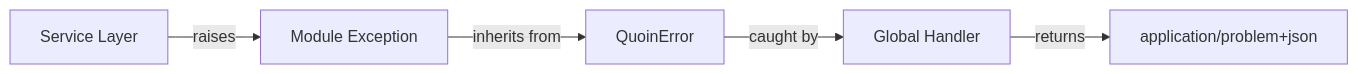
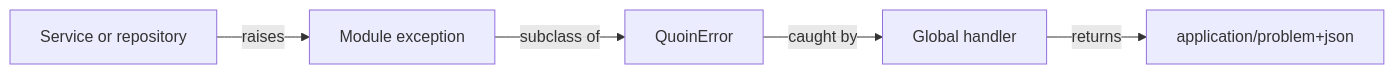
Before and after one commit to balakmran/quoin-api: the diagram in docs/guides/error-handling.md, drawn with Mermaid. The commit also changed other lines of this file, not shown here.

First line of the commit message:
docs(error-handling): one exception table, shorter handler walkthrough

````diff
--- a/docs/guides/error-handling.md
+++ b/docs/guides/error-handling.md
@@ -103,7 +8,7 @@
 ```mermaid
 graph LR
-    A[Service Layer] -->|raises| B[Module Exception]
-    B -->|inherits from| C[QuoinError]
-    C -->|caught by| D[Global Handler]
+    A[Service or repository] -->|raises| B[Module exception]
+    B -->|subclass of| C[QuoinError]
+    C -->|caught by| D[Global handler]
     D -->|returns| E[application/problem+json]
 ```
````
